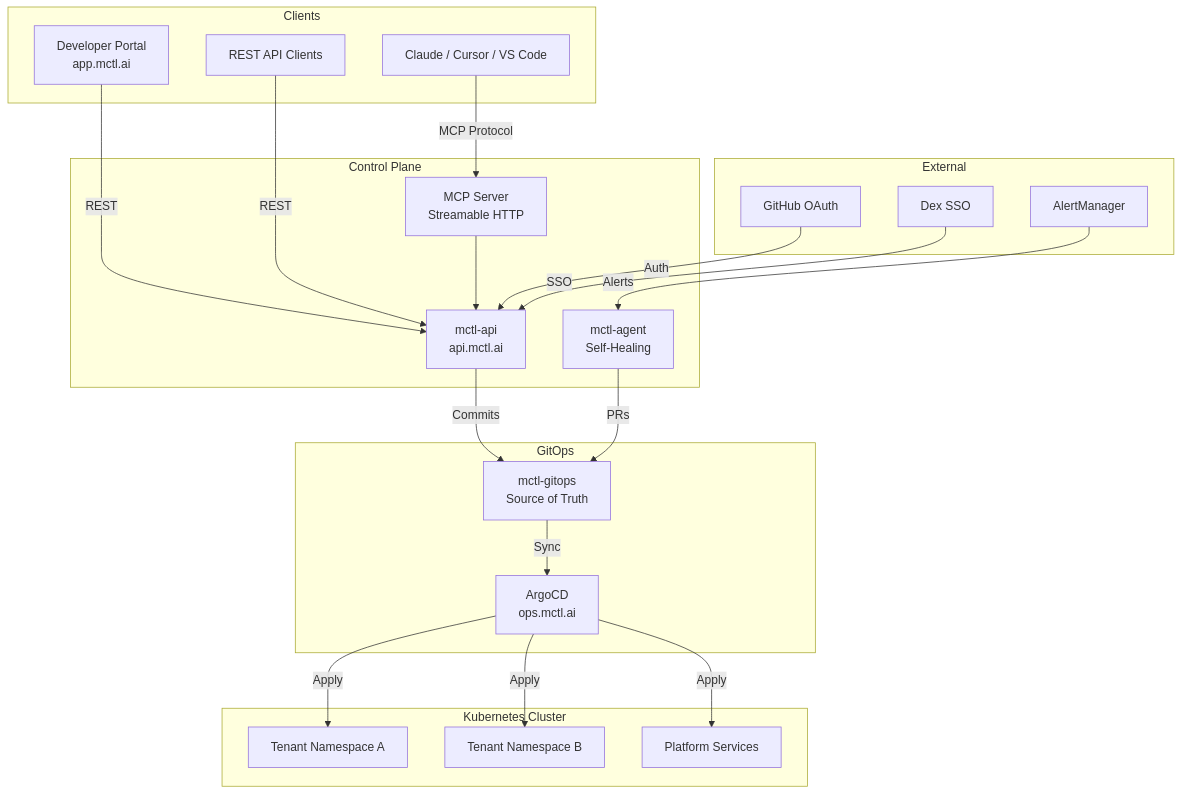
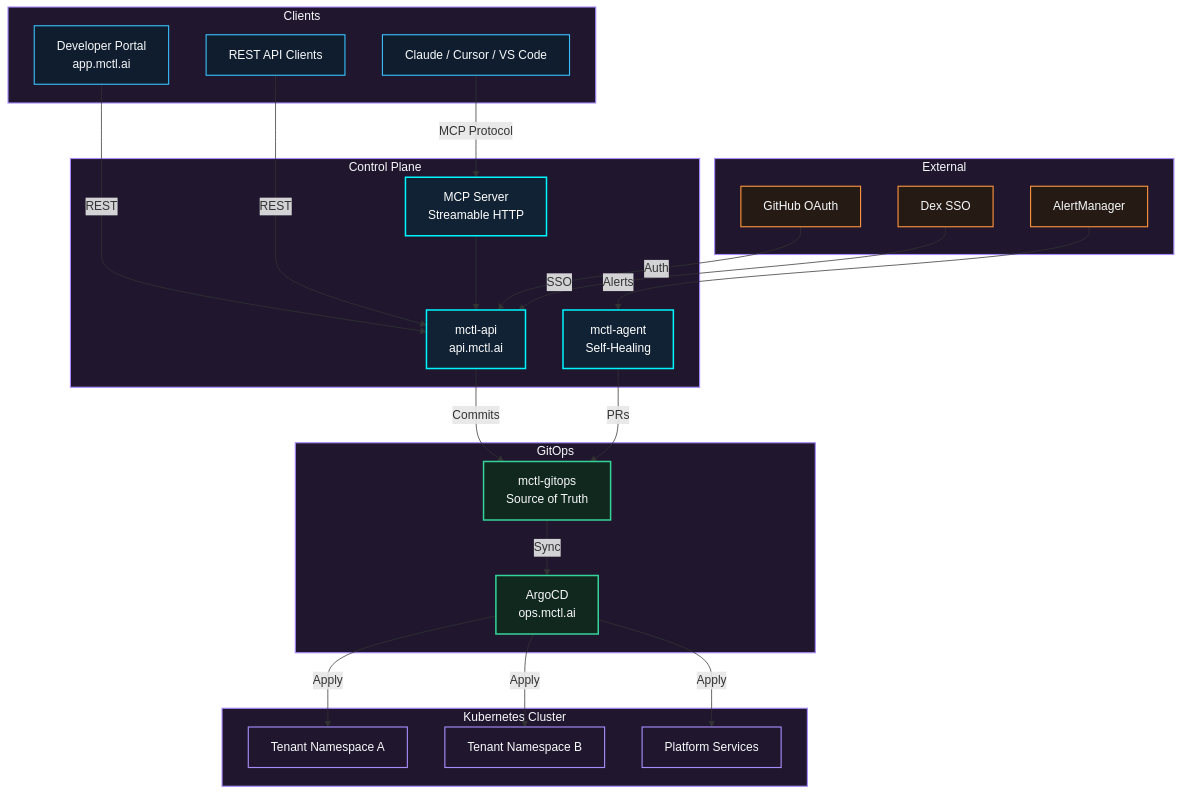
The diagram in docs/platform/architecture.md (mctlhq/mctl-docs), drawn with Mermaid before and after one commit. The commit also changed 7 other files, not shown here.

Commit message:
feat(docs): add expressive mermaid diagrams with zoom

````diff
--- a/docs/platform/architecture.md
+++ b/docs/platform/architecture.md
@@ -7,47 +7,59 @@
 ```mermaid
 graph TB
+    classDef clients fill:#0f1d2e,stroke:#38bdf8,color:#f8fafc,stroke-width:1.5px
+    classDef control fill:#102234,stroke:#00f5ff,color:#ffffff,stroke-width:2px
+    classDef gitops fill:#11281f,stroke:#34d399,color:#f8fafc,stroke-width:2px
+    classDef cluster fill:#20172e,stroke:#a78bfa,color:#f8fafc,stroke-width:1.5px
+    classDef external fill:#261b14,stroke:#fb923c,color:#f8fafc,stroke-width:1.5px
+
     subgraph Clients
         clientClaude["Claude / Cursor / VS Code"]
         clientPortal["Developer Portal\napp.mctl.ai"]
         clientApi["REST API Clients"]
     end
 
     subgraph "Control Plane"
         controlMcp["MCP Server\nStreamable HTTP"]
         controlApi["mctl-api\napi.mctl.ai"]
         controlAgent["mctl-agent\nSelf-Healing"]
     end
 
     subgraph "GitOps"
         gitopsRepo["mctl-gitops\nSource of Truth"]
         gitopsArgo["ArgoCD\nops.mctl.ai"]
     end
 
     subgraph "Kubernetes Cluster"
         clusterNsA["Tenant Namespace A"]
         clusterNsB["Tenant Namespace B"]
         clusterPlatform["Platform Services"]
     end
 
     subgraph "External"
         externalGithub["GitHub OAuth"]
         externalDex["Dex SSO"]
         externalAlertmanager["AlertManager"]
     end
 
+    class clientClaude,clientPortal,clientApi clients
+    class controlMcp,controlApi,controlAgent control
+    class gitopsRepo,gitopsArgo gitops
+    class clusterNsA,clusterNsB,clusterPlatform cluster
+    class externalGithub,externalDex,externalAlertmanager external
+
     clientClaude -->|MCP Protocol| controlMcp
     clientPortal -->|REST| controlApi
     clientApi -->|REST| controlApi
     controlMcp --> controlApi
 
     controlApi -->|Commits| gitopsRepo
     controlAgent -->|PRs| gitopsRepo
     gitopsRepo -->|Sync| gitopsArgo
     gitopsArgo -->|Apply| clusterNsA
     gitopsArgo -->|Apply| clusterNsB
     gitopsArgo -->|Apply| clusterPlatform
 
     externalGithub -->|Auth| controlApi
     externalDex -->|SSO| controlApi
     externalAlertmanager -->|Alerts| controlAgent
 ```
````
